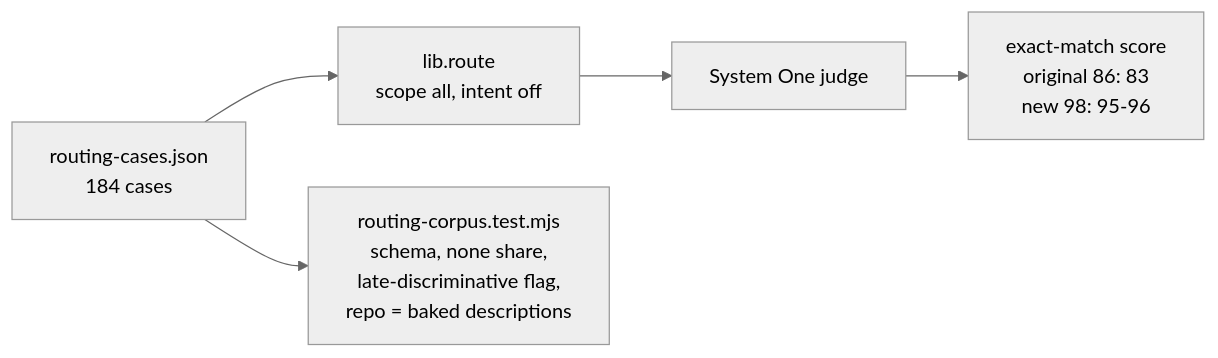
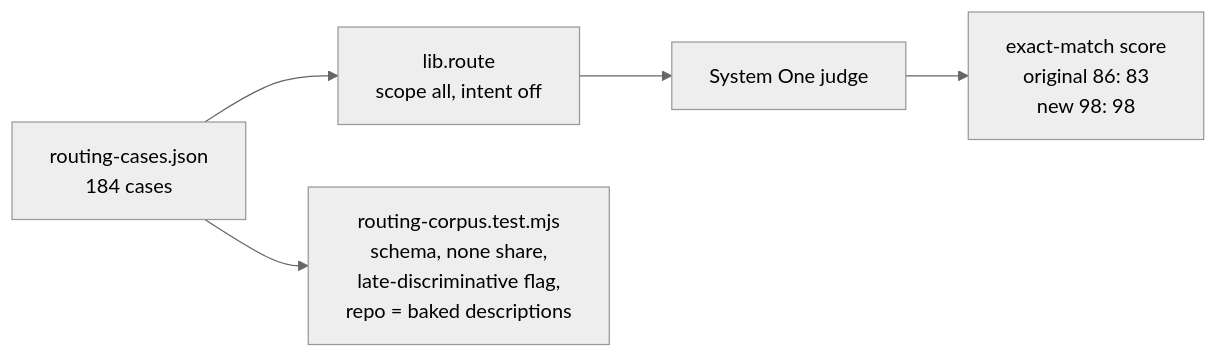
One commit to DreamLab-AI/agentbox changed the third of 3 diagrams in docs/developer/diagrams/skill-selection.md. Above: the diagram before and after it, drawn with Mermaid (neutral theme).

Commit message:
docs(diagrams): skill-selection figures from the final tree (83/86, 98/98)

````diff
--- a/docs/developer/diagrams/skill-selection.md
+++ b/docs/developer/diagrams/skill-selection.md
@@ -81,7 +81,7 @@
 ```mermaid
 flowchart LR
     CASES["routing-cases.json<br/>184 cases"] --> RT["lib.route<br/>scope all, intent off"]
     RT --> JUDGE["System One judge"]
-    JUDGE --> SCORE["exact-match score<br/>original 86: 83<br/>new 98: 95-96"]
+    JUDGE --> SCORE["exact-match score<br/>original 86: 83<br/>new 98: 98"]
     CASES --> CT["routing-corpus.test.mjs<br/>schema, none share,<br/>late-discriminative flag,<br/>repo = baked descriptions"]
 ```
````
